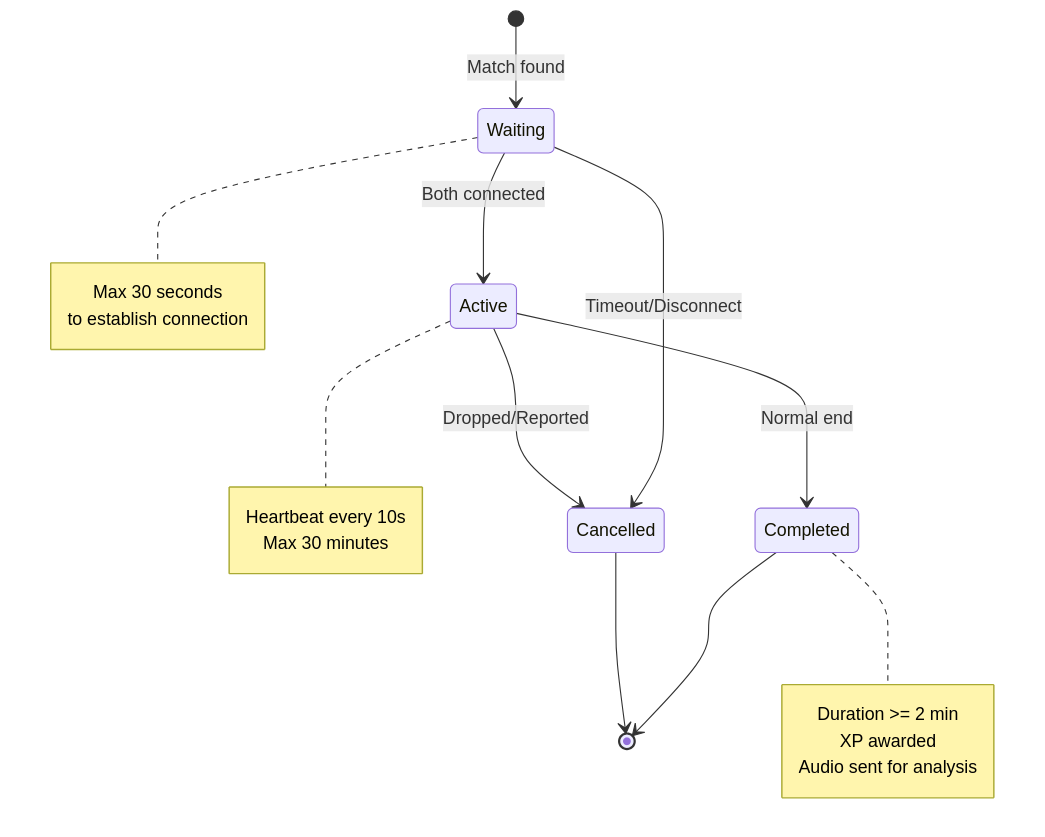
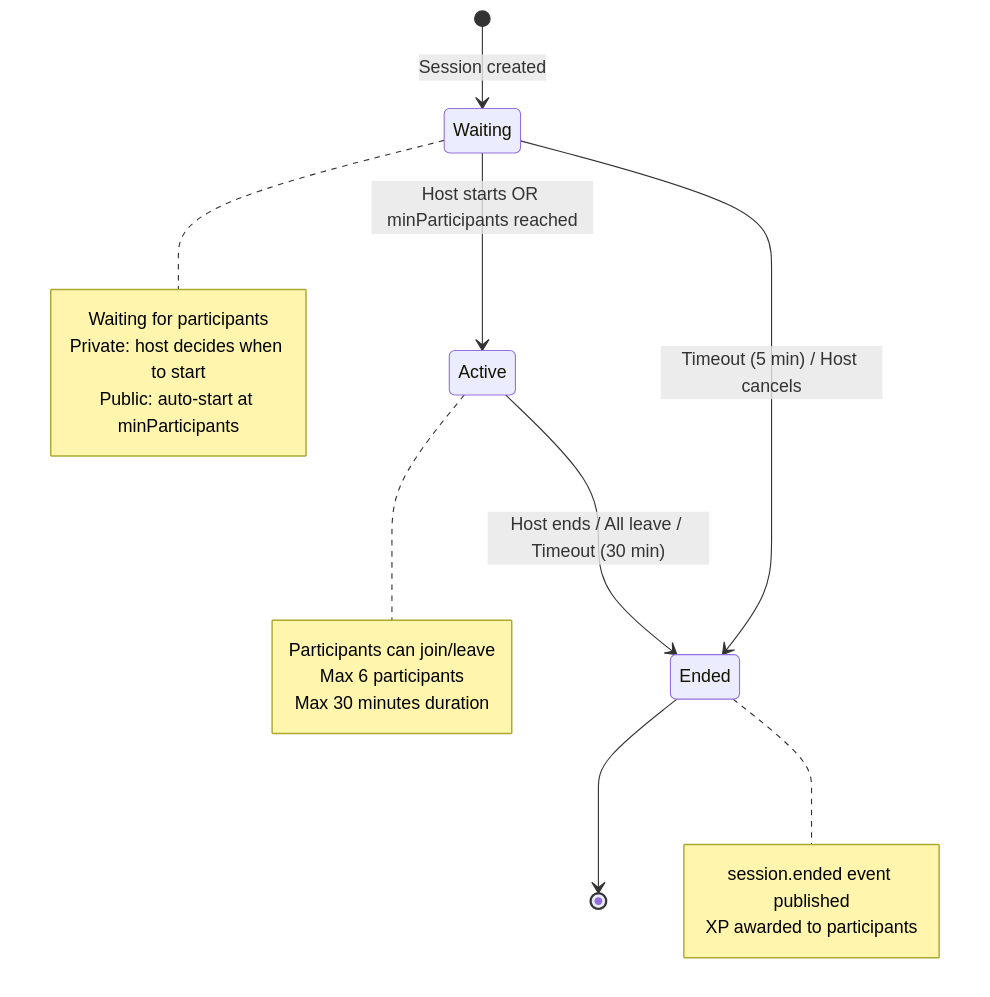
One commit to we-speak-org/wespeak-specifications changed the fifth of 7 diagrams in 03-conversation-service/DIAGRAMS.md. Above: the diagram before and after it, drawn with Mermaid. The commit also changed other lines of this file and 6 other files, not shown here.

````diff
--- a/03-conversation-service/DIAGRAMS.md
+++ b/03-conversation-service/DIAGRAMS.md
@@ -129,28 +183,28 @@
 ```mermaid
 stateDiagram-v2
-    [*] --> Waiting: Match found
-    Waiting --> Active: Both connected
-    Waiting --> Cancelled: Timeout/Disconnect
+    [*] --> Waiting: Session created
     
-    Active --> Completed: Normal end
-    Active --> Cancelled: Dropped/Reported
+    Waiting --> Active: Host starts OR minParticipants reached
+    Waiting --> Ended: Timeout (5 min) / Host cancels
     
-    Completed --> [*]
-    Cancelled --> [*]
+    Active --> Ended: Host ends / All leave / Timeout (30 min)
+    
+    Ended --> [*]
     
     note right of Waiting
-        Max 30 seconds
-        to establish connection
+        Waiting for participants
+        Private: host decides when to start
+        Public: auto-start at minParticipants
     end note
     
     note right of Active
-        Heartbeat every 10s
-        Max 30 minutes
+        Participants can join/leave
+        Max 6 participants
+        Max 30 minutes duration
     end note
     
-    note right of Completed
-        Duration >= 2 min
-        XP awarded
-        Audio sent for analysis
+    note right of Ended
+        session.ended event published
+        XP awarded to participants
     end note
 ```
````
